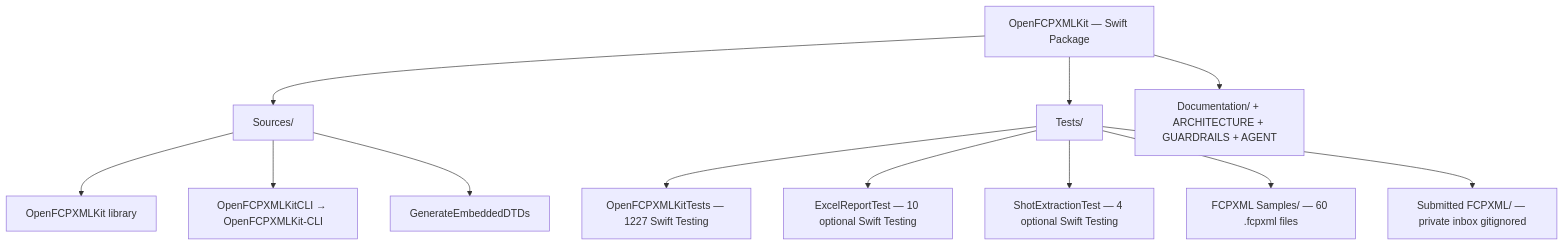
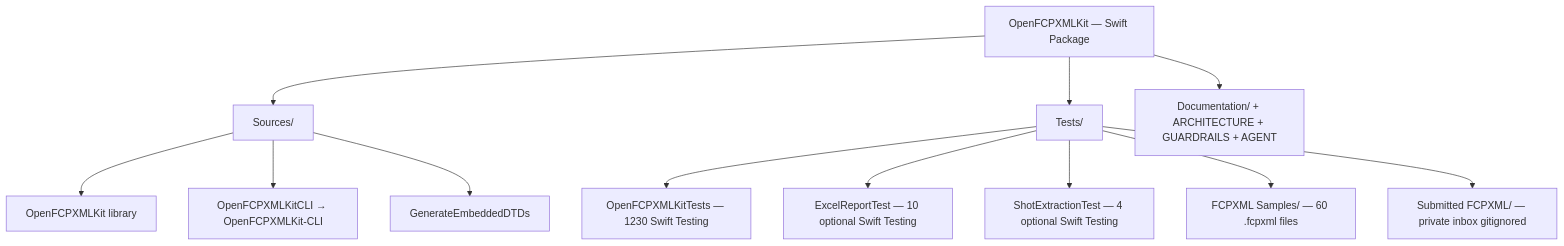
One commit to TheAcharya/OpenFCPXMLKit changed the first of 6 diagrams in ARCHITECTURE.md. Above: the diagram before and after it, drawn with Mermaid. The commit also changed other lines of this file and 43 other files, not shown here.

````diff
--- a/ARCHITECTURE.md
+++ b/ARCHITECTURE.md
@@ -236,18 +238,18 @@
 ```mermaid
 flowchart TB
     Pkg["OpenFCPXMLKit — Swift Package"]
 
     Pkg --> SRC["Sources/"]
     Pkg --> TST["Tests/"]
     Pkg --> DOC["Documentation/ + ARCHITECTURE + GUARDRAILS + AGENT"]
 
     SRC --> LIB["OpenFCPXMLKit library"]
     SRC --> CLI["OpenFCPXMLKitCLI → OpenFCPXMLKit-CLI"]
     SRC --> GEN["GenerateEmbeddedDTDs"]
 
-    TST --> OKT["OpenFCPXMLKitTests — 1227 Swift Testing"]
+    TST --> OKT["OpenFCPXMLKitTests — 1230 Swift Testing"]
     TST --> ERT["ExcelReportTest — 10 optional Swift Testing"]
     TST --> SET["ShotExtractionTest — 4 optional Swift Testing"]
     TST --> SMP["FCPXML Samples/ — 60 .fcpxml files"]
     TST --> SUB["Submitted FCPXML/ — private inbox gitignored"]
 ```
````
